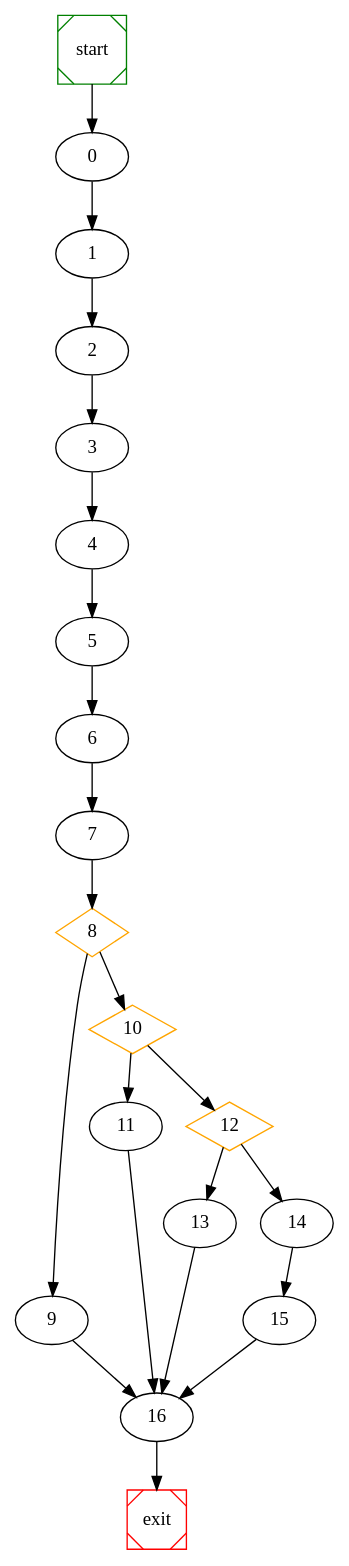
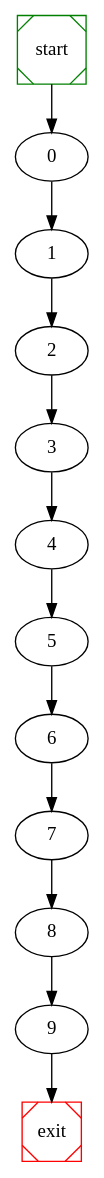
Before and after one commit to NabeelQaiser/BTP_2k18-19: the diagram in cnf/raw_graph.dot, drawn with Graphviz. The commit also changed 16 other files, not shown here.

```diff
--- a/cnf/raw_graph.dot
+++ b/cnf/raw_graph.dot
@@ -1,31 +1,18 @@
 # dot file created at runtime
 
 digraph G {
 	start -> 0;
 	0 -> 1 ;
 	1 -> 2 ;
 	2 -> 3 ;
 	3 -> 4 ;
 	4 -> 5 ;
 	5 -> 6 ;
 	6 -> 7 ;
-	8 [shape=diamond, color=orange] ;
+	7 -> 8 ;
 	8 -> 9 ;
-	10 [shape=diamond, color=orange] ;
-	8 -> 10 ;
-	10 -> 11 ;
-	12 [shape=diamond, color=orange] ;
-	10 -> 12 ;
-	12 -> 13 ;
-	14 -> 15 ;
-	12 -> 14 ;
-	7 -> 8 ;
-	11 -> 16 ;
-	15 -> 16 ;
-	9 -> 16 ;
-	13 -> 16 ;
-	16 -> exit;
+	9 -> exit;
 
 	start [shape=Msquare, color=green];
 	exit [shape=Msquare, color=red];
 }
```
